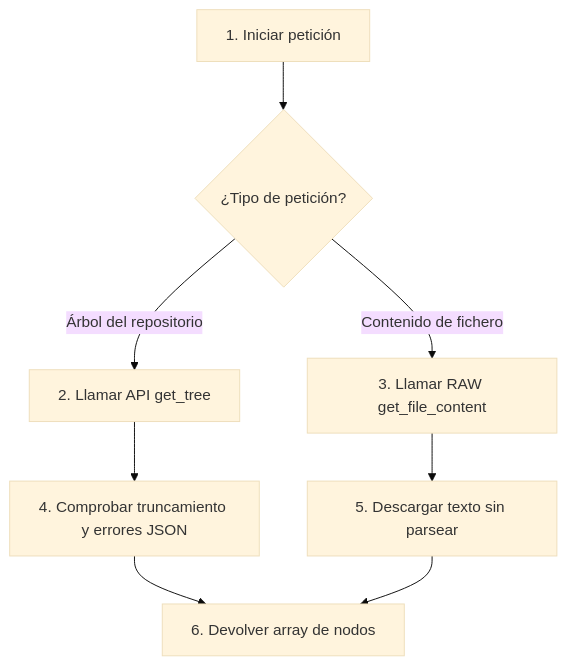
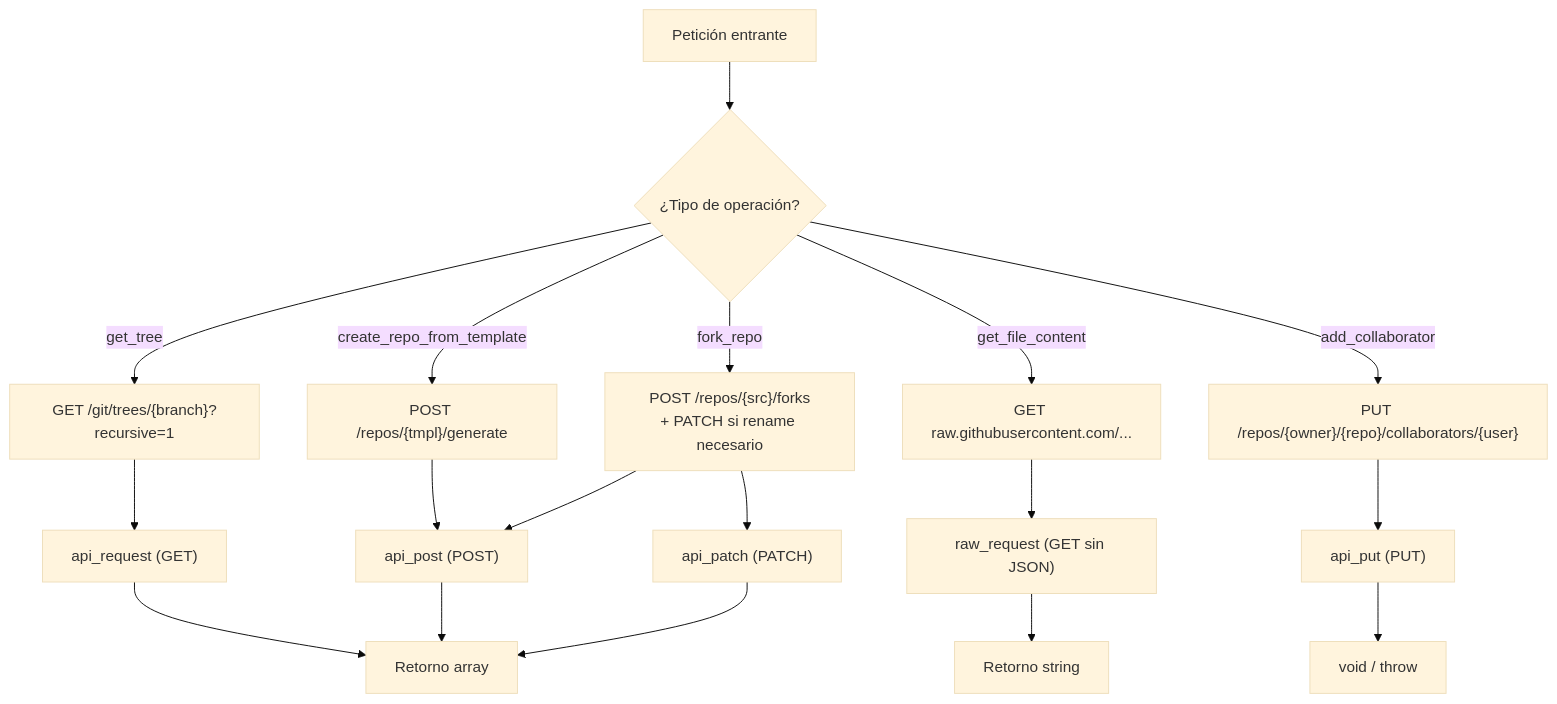
The diagram in docs/gitmetrics/classes/github_client.md (julia8873/pluginMoodleMetricas), drawn with Mermaid (base theme) before and after one commit. The commit also changed other lines of this file and 60 other files, not shown here.

````diff
--- a/docs/gitmetrics/classes/github_client.md
+++ b/docs/gitmetrics/classes/github_client.md
@@ -13,10 +11,22 @@
 ```mermaid
 graph TD
-    A["1. Iniciar petición"] --> B{"¿Tipo de petición?"}
-    B -->|"Árbol del repositorio"| C["2. Llamar API get_tree"]
-    B -->|"Contenido de fichero"| D["3. Llamar RAW get_file_content"]
-    C --> E["4. Comprobar truncamiento y errores JSON"]
-    D --> F["5. Descargar texto sin parsear"]
-    E --> G["6. Devolver array de nodos"]
-    F --> G
+    A["Petición entrante"] --> B{"¿Tipo de operación?"}
+    B -->|"get_tree"| C["GET /git/trees/{branch}?recursive=1"]
+    B -->|"get_file_content"| D["GET raw.githubusercontent.com/..."]
+    B -->|"create_repo_from_template"| E["POST /repos/{tmpl}/generate"]
+    B -->|"fork_repo"| F["POST /repos/{src}/forks\n+ PATCH si rename necesario"]
+    B -->|"add_collaborator"| G["PUT /repos/{owner}/{repo}/collaborators/{user}"]
+
+    C --> H["api_request (GET)"]
+    D --> I["raw_request (GET sin JSON)"]
+    E --> J["api_post (POST)"]
+    F --> J
+    F --> K["api_patch (PATCH)"]
+    G --> L["api_put (PUT)"]
+
+    H --> M["Retorno array"]
+    I --> N["Retorno string"]
+    J --> M
+    K --> M
+    L --> O["void / throw"]
 ```
````
